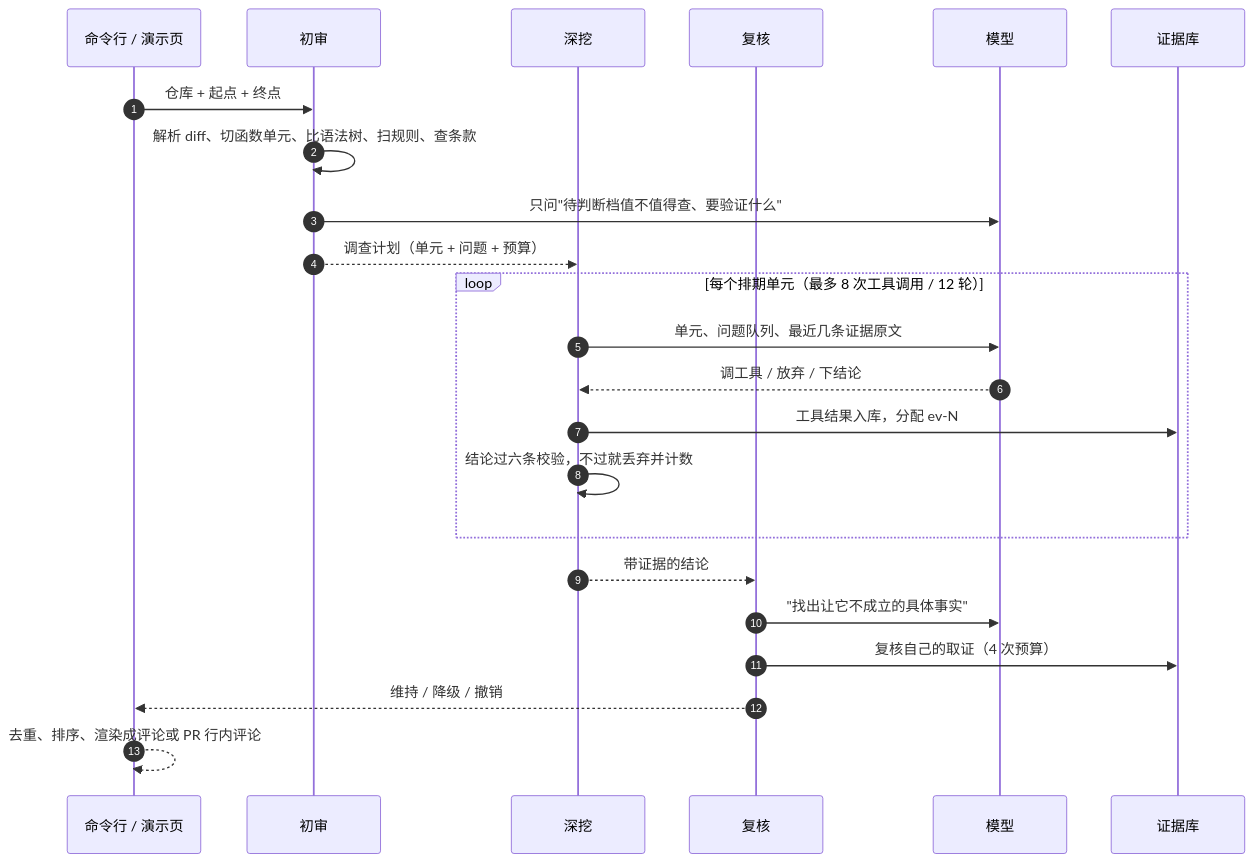
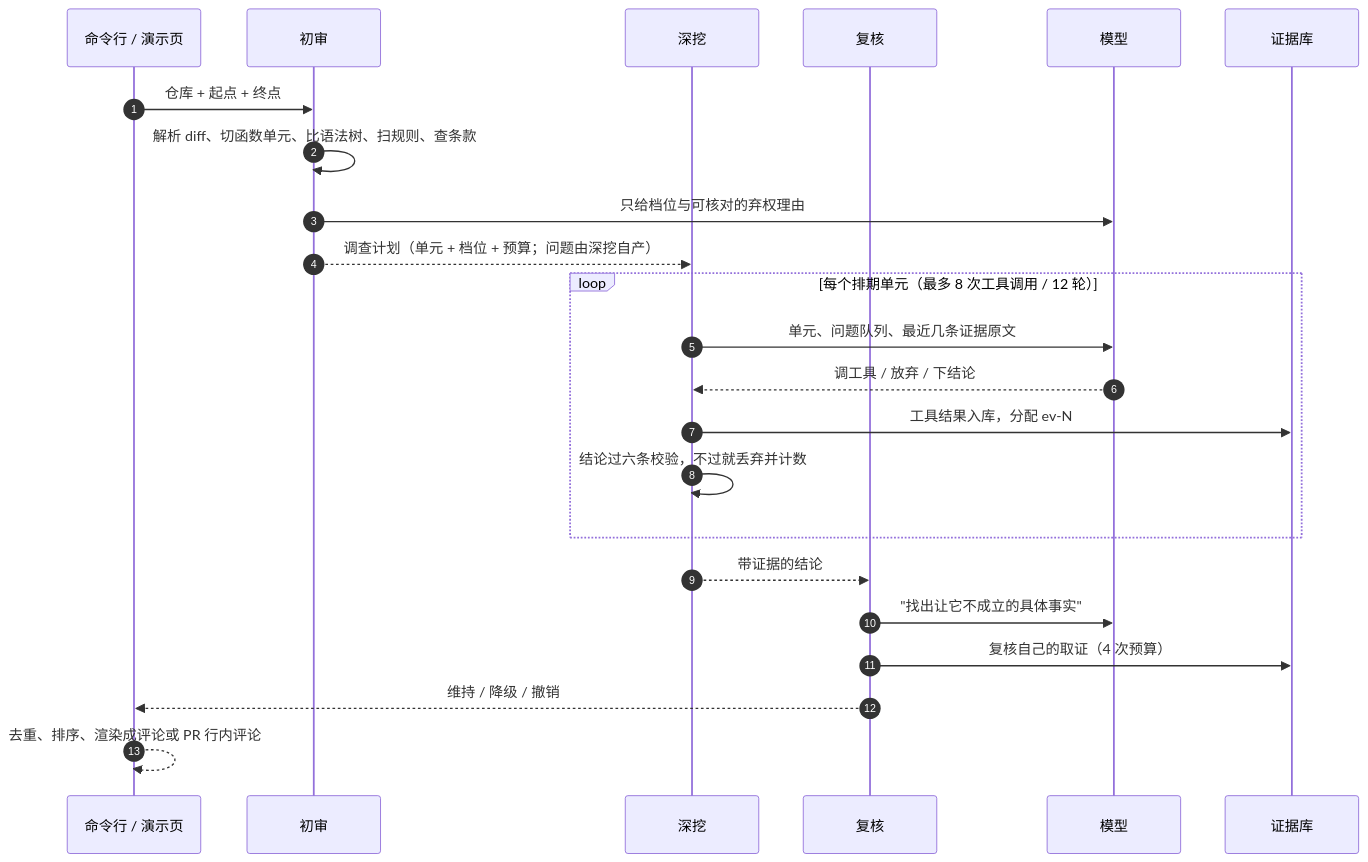
One commit to Xiangyfff/diff-review-agent changed the diagram in README.md. Above: the diagram before and after it, drawn with Mermaid. The commit also changed other lines of this file and 28 other files, not shown here.

````diff
--- a/README.md
+++ b/README.md
@@ -80,26 +84,26 @@
 ```mermaid
 sequenceDiagram
     autonumber
     participant CLI as 命令行 / 演示页
     participant T as 初审
     participant I as 深挖
     participant V as 复核
     participant M as 模型
     participant E as 证据库
 
     CLI->>T: 仓库 + 起点 + 终点
     T->>T: 解析 diff、切函数单元、比语法树、扫规则、查条款
-    T->>M: 只问"待判断档值不值得查、要验证什么"
-    T-->>I: 调查计划（单元 + 问题 + 预算）
+    T->>M: 只给档位与可核对的弃权理由
+    T-->>I: 调查计划（单元 + 档位 + 预算；问题由深挖自产）
     loop 每个排期单元（最多 8 次工具调用 / 12 轮）
         I->>M: 单元、问题队列、最近几条证据原文
         M-->>I: 调工具 / 放弃 / 下结论
         I->>E: 工具结果入库，分配 ev-N
         I->>I: 结论过六条校验，不过就丢弃并计数
     end
     I-->>V: 带证据的结论
     V->>M: "找出让它不成立的具体事实"
     V->>E: 复核自己的取证（4 次预算）
     V-->>CLI: 维持 / 降级 / 撤销
     CLI-->>CLI: 去重、排序、渲染成评论或 PR 行内评论
 ```
````
